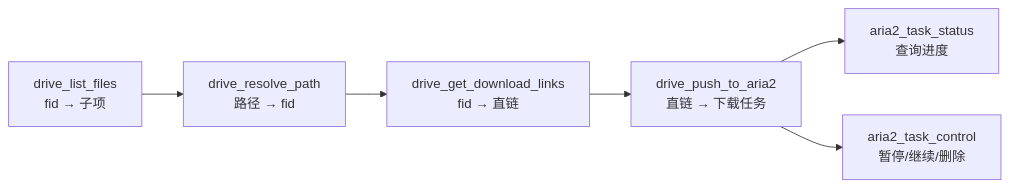
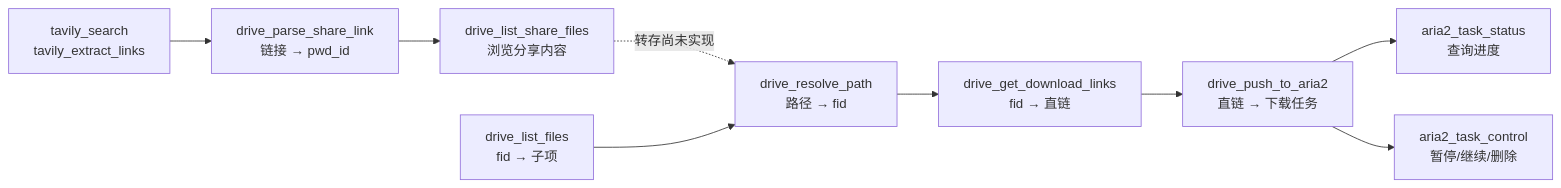
One commit to yoloseeyou/quark-drive-mcp changed the first of 2 diagrams in README.md. Above: the diagram before and after it, drawn with Mermaid. The commit also changed other lines of this file and 7 other files, not shown here.

Commit message:
feat: add read-only share browsing tools (parse link, list share files)

````diff
--- a/README.md
+++ b/README.md
@@ -168,8 +170,11 @@
 ```mermaid
 flowchart LR
-    A[drive_resolve_path<br/>路径 → fid] --> B[drive_get_download_links<br/>fid → 直链]
-    B --> C[drive_push_to_aria2<br/>直链 → 下载任务]
-    C --> D[aria2_task_status<br/>查询进度]
-    C --> E[aria2_task_control<br/>暂停/继续/删除]
-    F[drive_list_files<br/>fid → 子项] --> A
+    S[tavily_search<br/>tavily_extract_links] --> P[drive_parse_share_link<br/>链接 → pwd_id]
+    P --> L[drive_list_share_files<br/>浏览分享内容]
+    L -.->|转存尚未实现| R[drive_resolve_path<br/>路径 → fid]
+    F[drive_list_files<br/>fid → 子项] --> R
+    R --> D[drive_get_download_links<br/>fid → 直链]
+    D --> A[drive_push_to_aria2<br/>直链 → 下载任务]
+    A --> T[aria2_task_status<br/>查询进度]
+    A --> C[aria2_task_control<br/>暂停/继续/删除]
 ```
````
